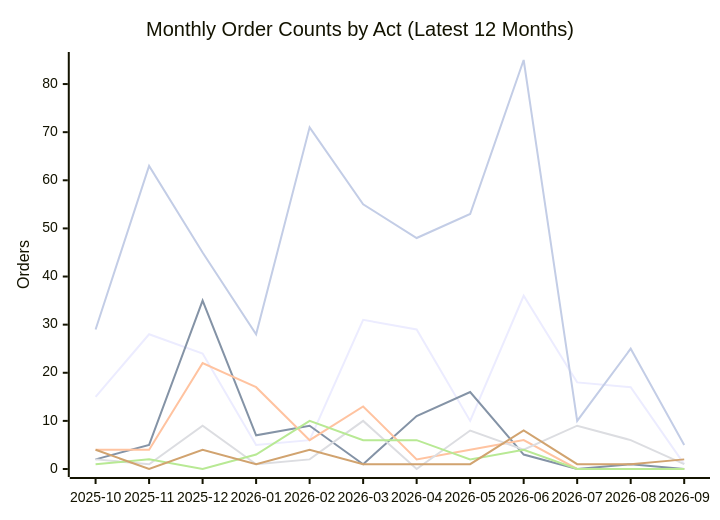
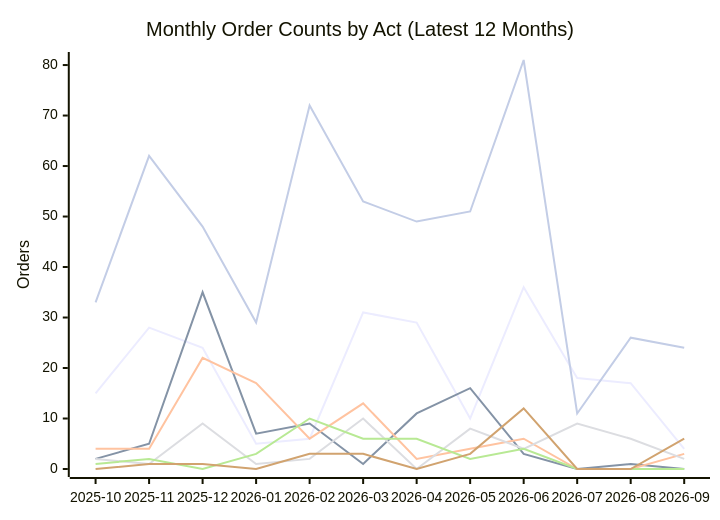
Before and after one commit to PatLittle/oic-data: the second of 2 diagrams in README.md, drawn with Mermaid. The commit also changed other lines of this file and 61 other files, not shown here.

````diff
--- a/README.md
+++ b/README.md
@@ -71,13 +71,13 @@
 ```mermaid
 xychart-beta
     title "Monthly Order Counts by Act (Latest 12 Months)"
     x-axis ["2025-10", "2025-11", "2025-12", "2026-01", "2026-02", "2026-03", "2026-04", "2026-05", "2026-06", "2026-07", "2026-08", "2026-09"]
-    y-axis "Orders" 0 --> 85
-    line [15, 28, 24, 5, 6, 31, 29, 10, 36, 18, 17, 1]
+    y-axis "Orders" 0 --> 81
+    line [15, 28, 24, 5, 6, 31, 29, 10, 36, 18, 17, 4]
     line [2, 5, 35, 7, 9, 1, 11, 16, 3, 0, 1, 0]
-    line [4, 4, 22, 17, 6, 13, 2, 4, 6, 0, 0, 0]
-    line [2, 1, 9, 1, 2, 10, 0, 8, 4, 9, 6, 1]
+    line [4, 4, 22, 17, 6, 13, 2, 4, 6, 0, 0, 3]
+    line [2, 1, 9, 1, 2, 10, 0, 8, 4, 9, 6, 2]
     line [1, 2, 0, 3, 10, 6, 6, 2, 4, 0, 0, 0]
-    line [4, 0, 4, 1, 4, 1, 1, 1, 8, 1, 1, 2]
-    line [29, 63, 45, 28, 71, 55, 48, 53, 85, 10, 25, 5]
+    line [0, 1, 1, 0, 3, 3, 0, 3, 12, 0, 0, 6]
+    line [33, 62, 48, 29, 72, 53, 49, 51, 81, 11, 26, 24]
 ```
````
